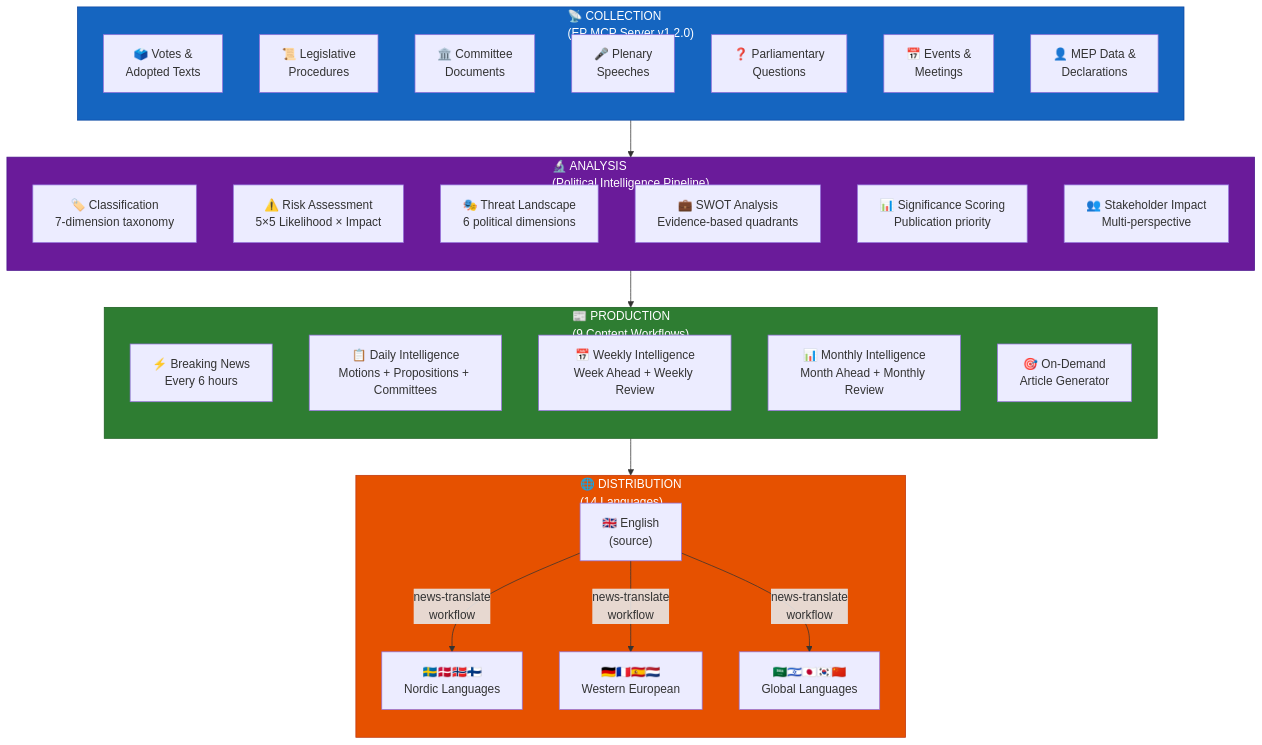
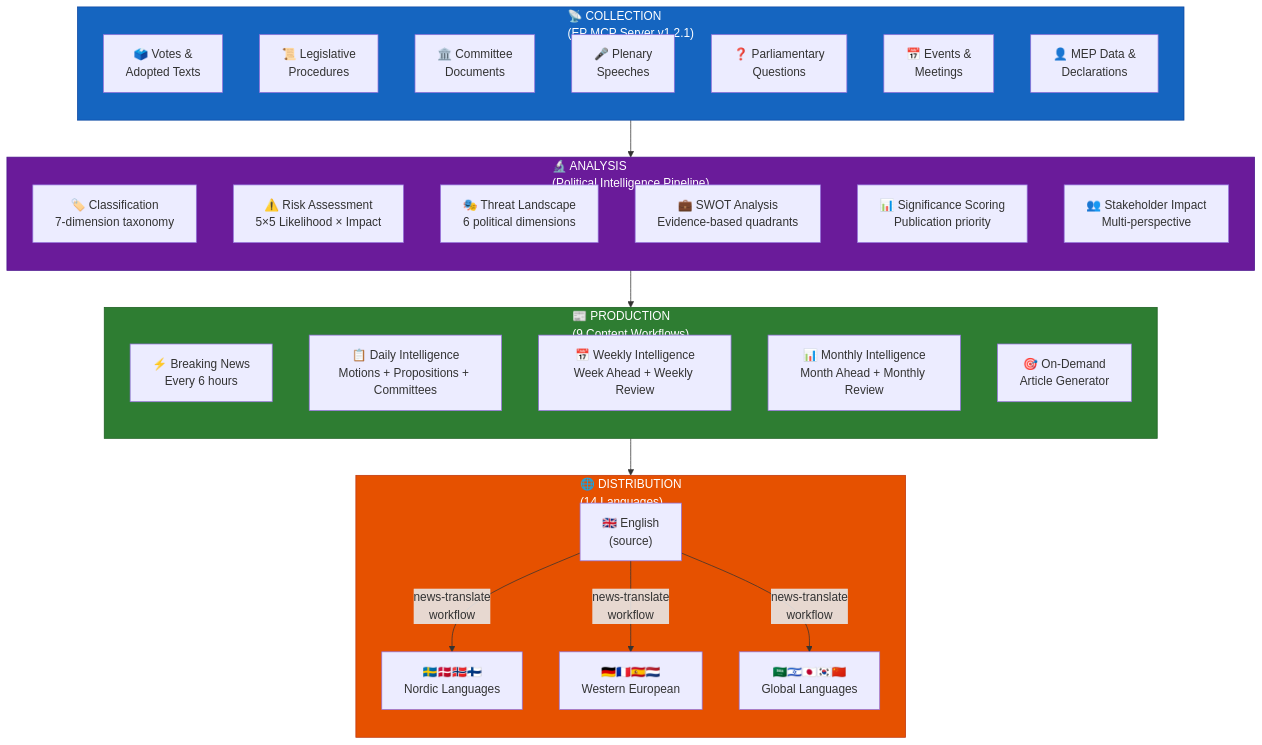
One commit to Hack23/euparliamentmonitor changed diagram 18 of 21 in WORKFLOWS.md. Above: the diagram before and after it, drawn with Mermaid. The commit also changed other lines of this file and 30 other files, not shown here.

First line of the commit message:
chore: bump MCP server version references to 1.2.1

````diff
--- a/WORKFLOWS.md
+++ b/WORKFLOWS.md
@@ -1625,48 +1625,48 @@
 ```mermaid
 flowchart TD
-    subgraph Collection["📡 COLLECTION<br/>(EP MCP Server v1.2.0)"]
+    subgraph Collection["📡 COLLECTION<br/>(EP MCP Server v1.2.1)"]
         direction TB
         C1["🗳️ Votes &<br/>Adopted Texts"]
         C2["📜 Legislative<br/>Procedures"]
         C3["🏛️ Committee<br/>Documents"]
         C4["🎤 Plenary<br/>Speeches"]
         C5["❓ Parliamentary<br/>Questions"]
         C6["📅 Events &<br/>Meetings"]
         C7["👤 MEP Data &<br/>Declarations"]
     end
 
     subgraph Analysis["🔬 ANALYSIS<br/>(Political Intelligence Pipeline)"]
         direction TB
         A1["🏷️ Classification<br/>7-dimension taxonomy"]
         A2["⚠️ Risk Assessment<br/>5×5 Likelihood × Impact"]
         A3["🎭 Threat Landscape<br/>6 political dimensions"]
         A4["💼 SWOT Analysis<br/>Evidence-based quadrants"]
         A5["📊 Significance Scoring<br/>Publication priority"]
         A6["👥 Stakeholder Impact<br/>Multi-perspective"]
     end
 
     subgraph Production["📰 PRODUCTION<br/>(9 Content Workflows)"]
         direction TB
         P1["⚡ Breaking News<br/>Every 6 hours"]
         P2["📋 Daily Intelligence<br/>Motions + Propositions + Committees"]
         P3["📅 Weekly Intelligence<br/>Week Ahead + Weekly Review"]
         P4["📊 Monthly Intelligence<br/>Month Ahead + Monthly Review"]
         P5["🎯 On-Demand<br/>Article Generator"]
     end
 
     subgraph Distribution["🌐 DISTRIBUTION<br/>(14 Languages)"]
         direction TB
         D1["🇬🇧 English<br/>(source)"]
         D2["🇸🇪🇩🇰🇳🇴🇫🇮<br/>Nordic Languages"]
         D3["🇩🇪🇫🇷🇪🇸🇳🇱<br/>Western European"]
         D4["🇸🇦🇮🇱🇯🇵🇰🇷🇨🇳<br/>Global Languages"]
     end
 
     Collection --> Analysis --> Production --> D1
     D1 --> |"news-translate<br/>workflow"| D2 & D3 & D4
 
     style Collection fill:#1565C0,stroke:#0D47A1,color:#FFFFFF
     style Analysis fill:#6A1B9A,stroke:#4A148C,color:#FFFFFF
     style Production fill:#2E7D32,stroke:#1B5E20,color:#FFFFFF
     style Distribution fill:#E65100,stroke:#BF360C,color:#FFFFFF
 ```
````
